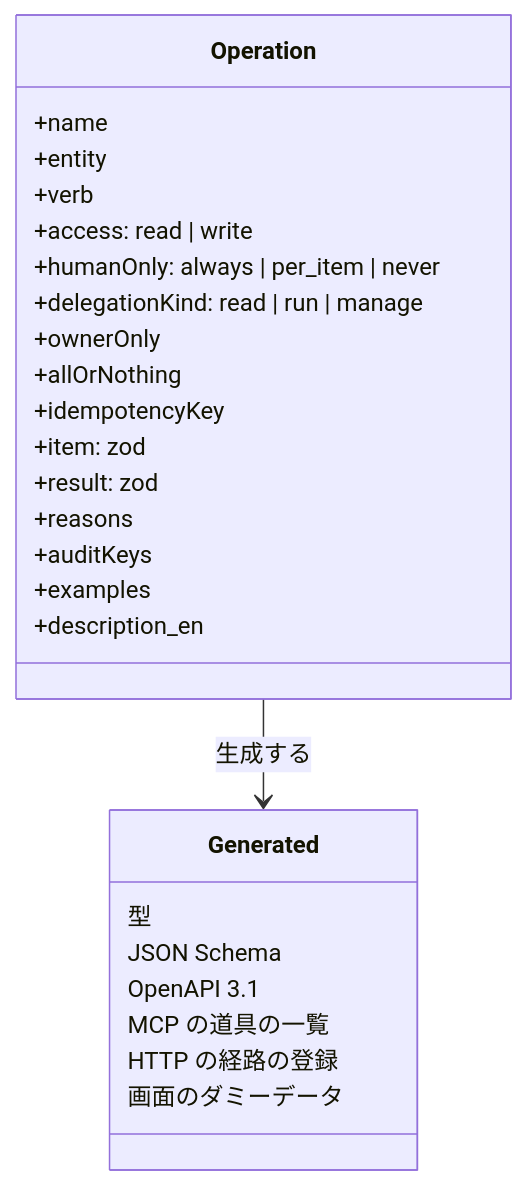
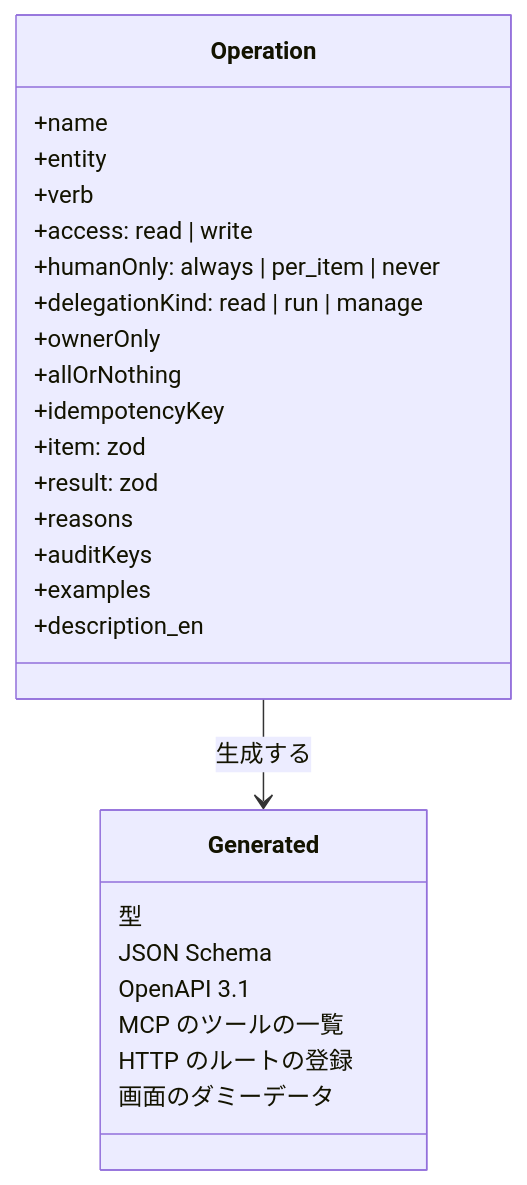
The third of 3 diagrams in docs/design/api.md (devbasex/nd-factory), drawn with Mermaid before and after one commit. The commit also changed other lines of this file and 16 other files, not shown here.

First line of the commit message:
Docs: 設計書を通読し、エンジニアが使わない造語・直訳（道具・地図・頭書き・失敗のアイテムなど）を書き換える（利用者の指示）

````diff
--- a/docs/design/api.md
+++ b/docs/design/api.md
@@ -610,29 +610,29 @@
 ```mermaid
 classDiagram
     class Operation {
         +name
         +entity
         +verb
         +access: read | write
         +humanOnly: always | per_item | never
         +delegationKind: read | run | manage
         +ownerOnly
         +allOrNothing
         +idempotencyKey
         +item: zod
         +result: zod
         +reasons
         +auditKeys
         +examples
         +description_en
     }
     class Generated {
         型
         JSON Schema
         OpenAPI 3.1
-        MCP の道具の一覧
-        HTTP の経路の登録
+        MCP のツールの一覧
+        HTTP のルートの登録
         画面のダミーデータ
     }
     Operation --> Generated : 生成する
 ```
````
